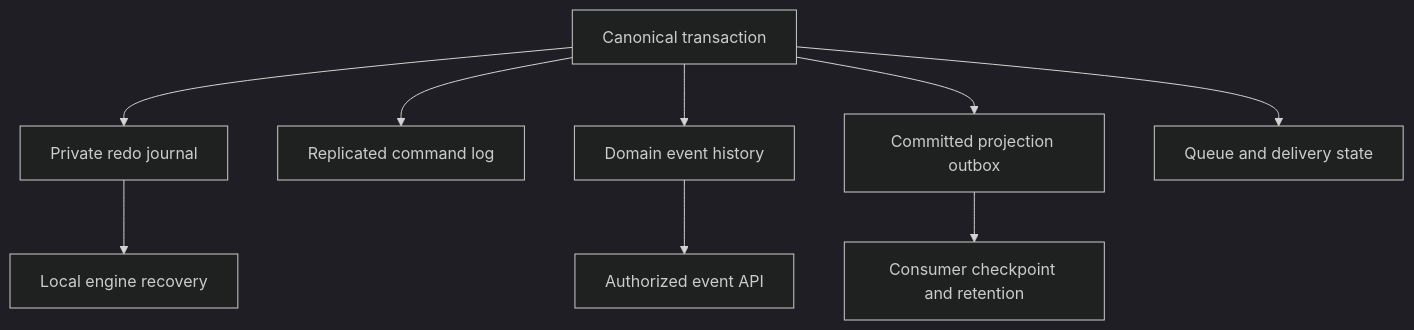
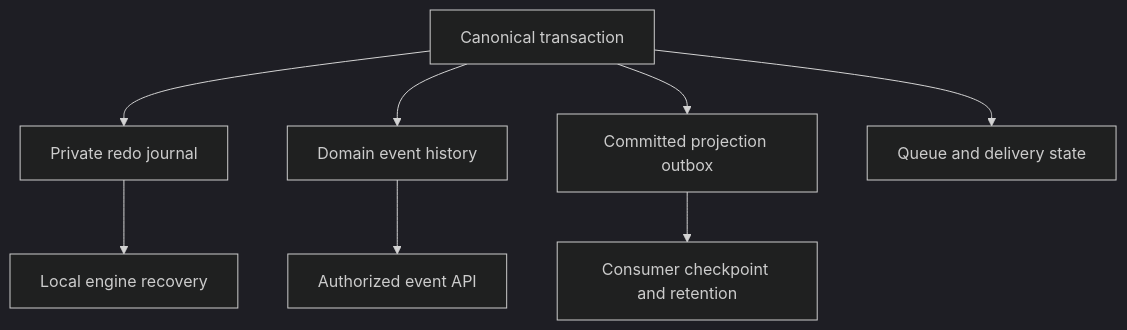
Before and after one commit to managedcode/KeyLoad: the diagram in docs/ADR/ADR-023-journal-authority.md, drawn with Mermaid (dark theme). The commit also changed other lines of this file and 7356 other files, not shown here.

````diff
--- a/docs/ADR/ADR-023-journal-authority.md
+++ b/docs/ADR/ADR-023-journal-authority.md
@@ -11,11 +11,10 @@
 ```mermaid
 flowchart TB
     Mutation[Canonical transaction] --> WAL[Private redo journal]
-    Mutation --> Log[Replicated command log]
     Mutation --> Event[Domain event history]
     Mutation --> Outbox[Committed projection outbox]
     Mutation --> Queue[Queue and delivery state]
     WAL --> Recover[Local engine recovery]
     Event --> Public[Authorized event API]
     Outbox --> Projection[Consumer checkpoint and retention]
 ```
````
